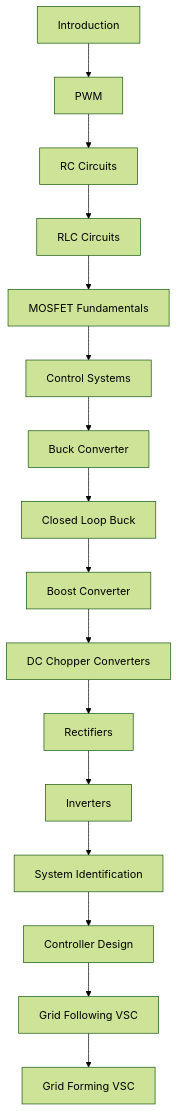
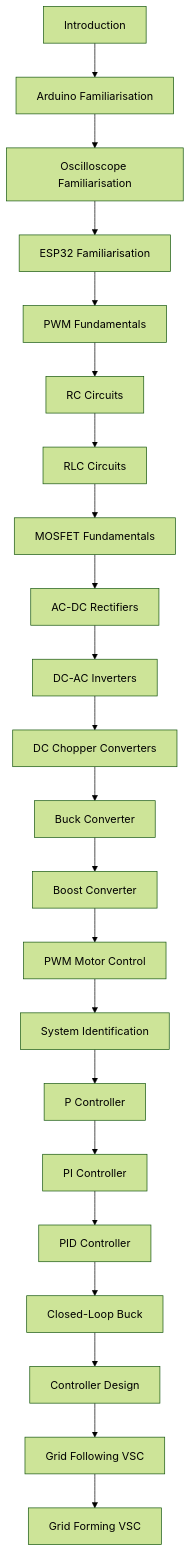
Before and after one commit to jaimetriv/power-electronics-and-control-training: the diagram in docs/index.md, drawn with Mermaid (forest theme). The commit also changed other lines of this file and 3 other files, not shown here.

````diff
--- a/docs/index.md
+++ b/docs/index.md
@@ -37,34 +52,46 @@
 ```mermaid
 flowchart TD
 
 A[Introduction]
---> B[PWM]
+--> B[Arduino Familiarisation]
 
-B --> C[RC Circuits]
+B --> C[Oscilloscope Familiarisation]
 
-C --> D[RLC Circuits]
+C --> D[ESP32 Familiarisation]
 
-D --> E[MOSFET Fundamentals]
+D --> E[PWM Fundamentals]
 
-E --> F[Control Systems]
+E --> F[RC Circuits]
 
-F --> G[Buck Converter]
+F --> G[RLC Circuits]
 
-G --> H[Closed Loop Buck]
+G --> H[MOSFET Fundamentals]
 
-H --> I[Boost Converter]
+H --> I[AC-DC Rectifiers]
 
-I --> J[DC Chopper Converters]
+I --> J[DC-AC Inverters]
 
-J --> K[Rectifiers]
+J --> K[DC Chopper Converters]
 
-K --> L[Inverters]
+K --> L[Buck Converter]
 
-L --> M[System Identification]
+L --> M[Boost Converter]
 
-M --> N[Controller Design]
+M --> N[PWM Motor Control]
 
-N --> O[Grid Following VSC]
+N --> O[System Identification]
 
-O --> P[Grid Forming VSC]
+O --> P[P Controller]
+
+P --> Q[PI Controller]
+
+Q --> R[PID Controller]
+
+R --> S[Closed-Loop Buck]
+
+S --> T[Controller Design]
+
+T --> U[Grid Following VSC]
+
+U --> V[Grid Forming VSC]
 ```
````
